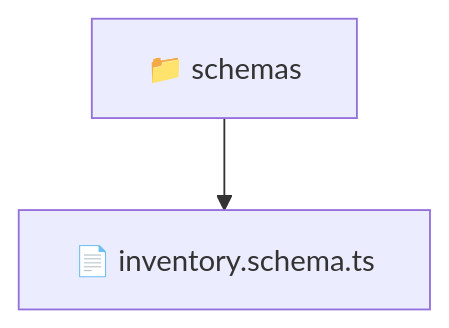
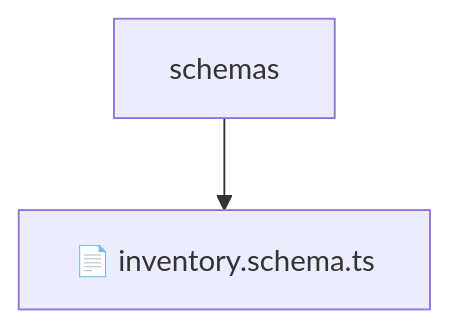
One commit to beginwebdev2002/fullstack-mavluda changed the diagram in backend/src/modules/inventory/infrastructure/schemas/README.md. Above: the diagram before and after it, drawn with Mermaid. The commit also changed other lines of this file and 155 other files, not shown here.

````diff
--- a/backend/src/modules/inventory/infrastructure/schemas/README.md
+++ b/backend/src/modules/inventory/infrastructure/schemas/README.md
@@ -10,5 +14,5 @@
 ```mermaid
 graph TD
-  Root["📁 schemas"]
-  Root --> inventoryschemats["📄 inventory.schema.ts"]
+    Root[schemas]
+    Root --> F0[📄 inventory.schema.ts]
 ```
````
